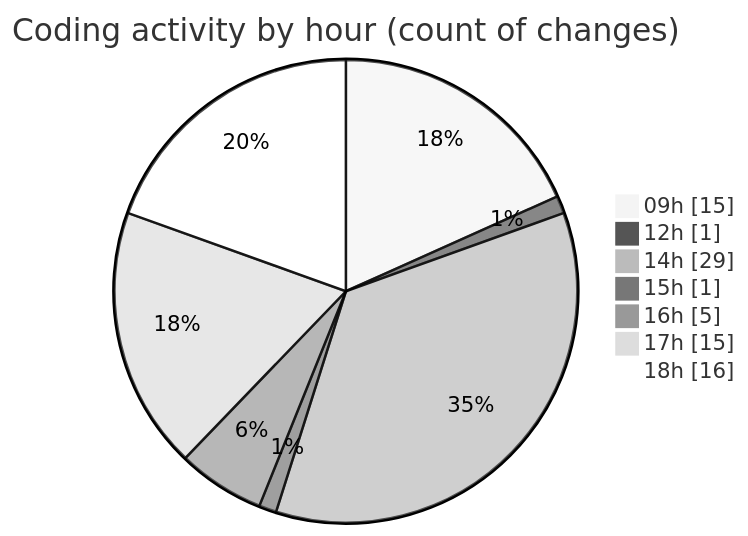
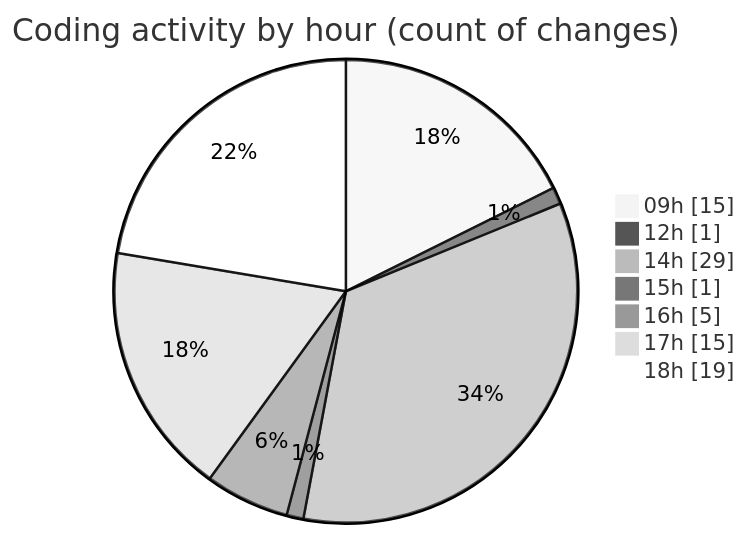
One commit to momahboobian/code-tracking changed the second of 2 diagrams in 2026-09-08/cda/README.md. Above: the diagram before and after it, drawn with Mermaid (neutral theme). The commit also changed other lines of this file and 1 other file, not shown here.

````diff
--- a/2026-09-08/cda/README.md
+++ b/2026-09-08/cda/README.md
@@ -61,11 +63,11 @@
 ```mermaid
 pie showData
 title Coding activity by hour (count of changes)
 "09h" : 15
 "12h" : 1
 "14h" : 29
 "15h" : 1
 "16h" : 5
 "17h" : 15
-"18h" : 16
+"18h" : 19
 ```
````
